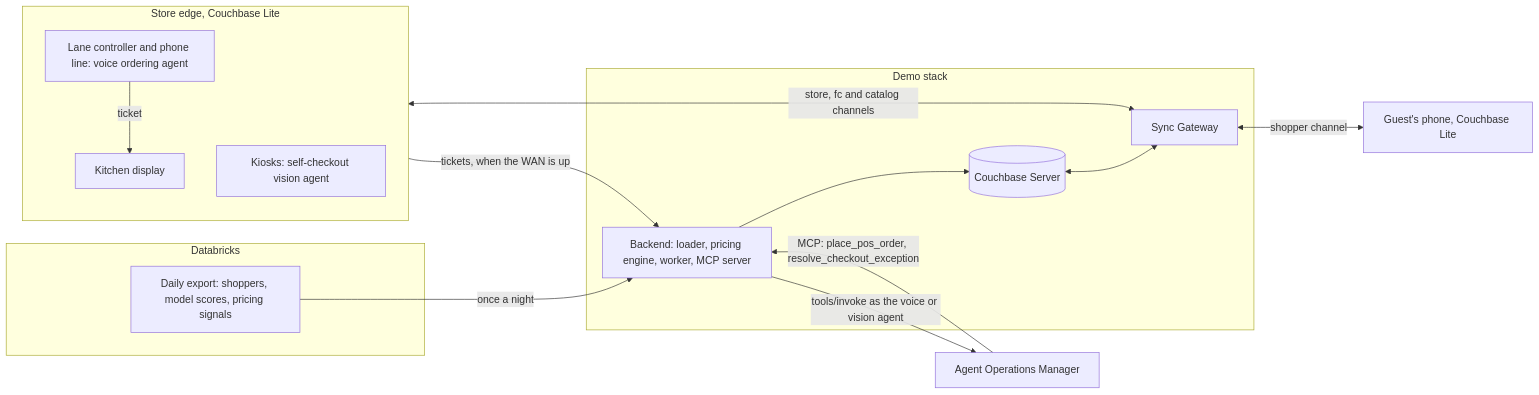
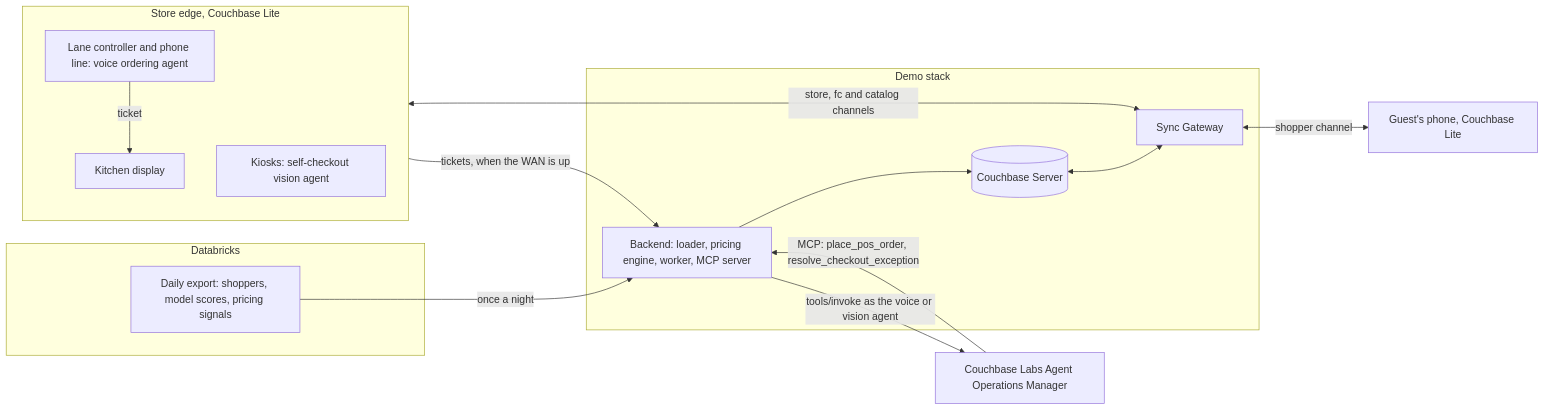
One commit to Couchbase-Field-Engineering/couchbase-pos-mobile-ai-personalization-demo changed the first of 5 diagrams in README.md. Above: the diagram before and after it, drawn with Mermaid. The commit also changed other lines of this file and 13 other files, not shown here.

First line of the commit message:
Use the Couchbase Labs Agent Operations Manager name

````diff
--- a/README.md
+++ b/README.md
@@ -103,27 +103,27 @@
 ```mermaid
 flowchart LR
   subgraph DBX["Databricks"]
     EXP["Daily export: shoppers, model scores, pricing signals"]
   end
   subgraph CLOUD["Demo stack"]
     CB[("Couchbase Server")]
     SG["Sync Gateway"]
     BE["Backend: loader, pricing engine, worker, MCP server"]
   end
   subgraph STORE["Store edge, Couchbase Lite"]
     LANE["Lane controller and phone line: voice ordering agent"]
     KIOSK["Kiosks: self-checkout vision agent"]
     KDS["Kitchen display"]
   end
   PHONE["Guest's phone, Couchbase Lite"]
-  AOM["Agent Operations Manager"]
+  AOM["Couchbase Labs Agent Operations Manager"]
   EXP -->|"once a night"| BE
   BE --> CB
   CB <--> SG
   SG <-->|"store, fc and catalog channels"| STORE
   SG <-->|"shopper channel"| PHONE
   LANE -->|"ticket"| KDS
   STORE -->|"tickets, when the WAN is up"| BE
   BE -->|"tools/invoke as the voice or vision agent"| AOM
   AOM -->|"MCP: place_pos_order, resolve_checkout_exception"| BE
 ```
````
